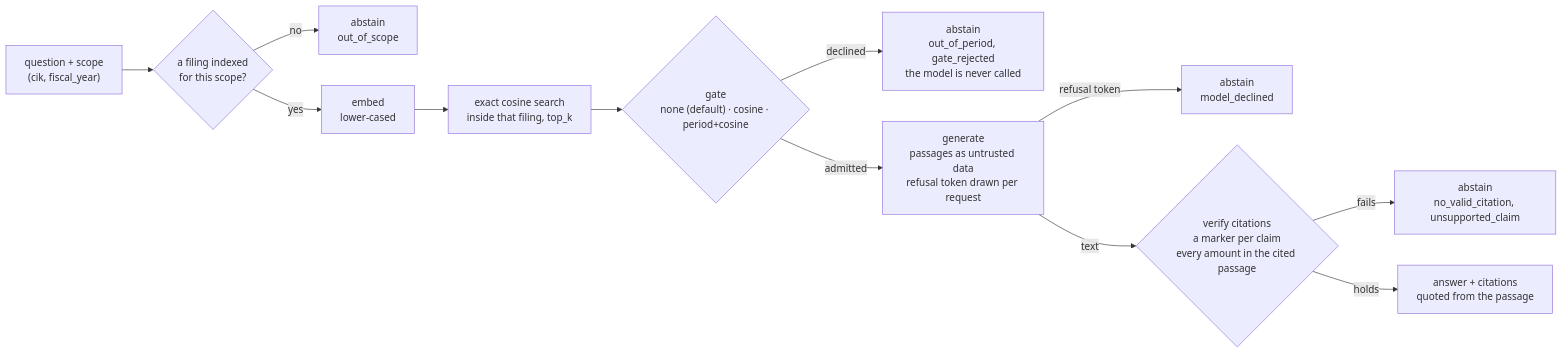
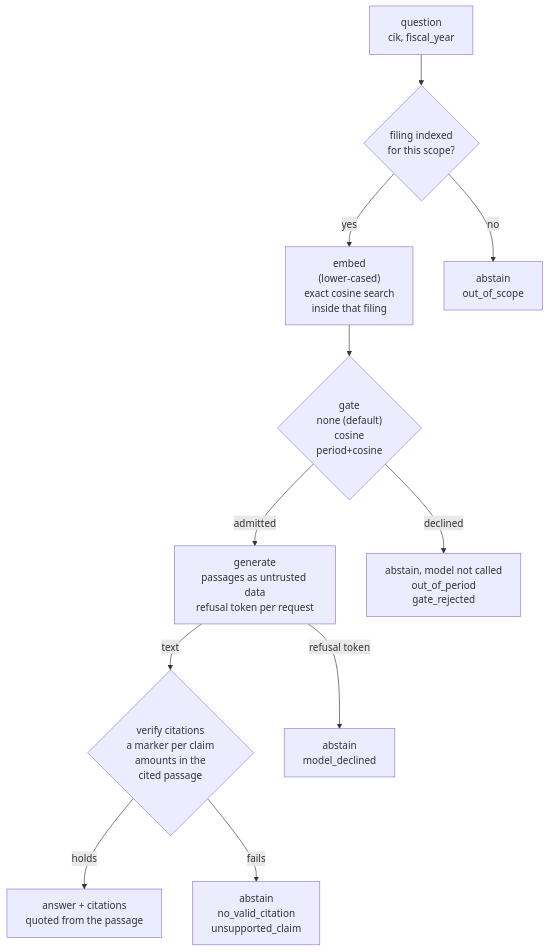
The third of 4 diagrams in README.md (Rodrigo-Palma/edgar-rag), drawn with Mermaid before and after one commit. The commit also changed other lines of this file, not shown here.

Commit message:
docs: lay the pipeline and evaluation diagrams out top-down

````diff
--- a/README.md
+++ b/README.md
@@ -196,14 +195,13 @@
 ```mermaid
-flowchart LR
-  Q["question + scope<br/>(cik, fiscal_year)"] --> SC{"a filing indexed<br/>for this scope?"}
+flowchart TD
+  Q["question<br/>cik, fiscal_year"] --> SC{"filing indexed<br/>for this scope?"}
+  SC -- yes --> S["embed<br/>(lower-cased)<br/>exact cosine search<br/>inside that filing"]
   SC -- no --> X1["abstain<br/>out_of_scope"]
-  SC -- yes --> E["embed<br/>lower-cased"]
-  E --> S["exact cosine search<br/>inside that filing, top_k"]
-  S --> G{"gate<br/>none (default) · cosine · period+cosine"}
-  G -- declined --> X2["abstain<br/>out_of_period, gate_rejected<br/>the model is never called"]
-  G -- admitted --> L["generate<br/>passages as untrusted data<br/>refusal token drawn per request"]
+  S --> G{"gate<br/>none (default)<br/>cosine<br/>period+cosine"}
+  G -- admitted --> L["generate<br/>passages as untrusted data<br/>refusal token per request"]
+  G -- declined --> X2["abstain, model not called<br/>out_of_period<br/>gate_rejected"]
+  L -- text --> V{"verify citations<br/>a marker per claim<br/>amounts in the<br/>cited passage"}
   L -- refusal token --> X3["abstain<br/>model_declined"]
-  L -- text --> V{"verify citations<br/>a marker per claim<br/>every amount in the cited passage"}
-  V -- fails --> X4["abstain<br/>no_valid_citation, unsupported_claim"]
   V -- holds --> A["answer + citations<br/>quoted from the passage"]
+  V -- fails --> X4["abstain<br/>no_valid_citation<br/>unsupported_claim"]
 ```
````
